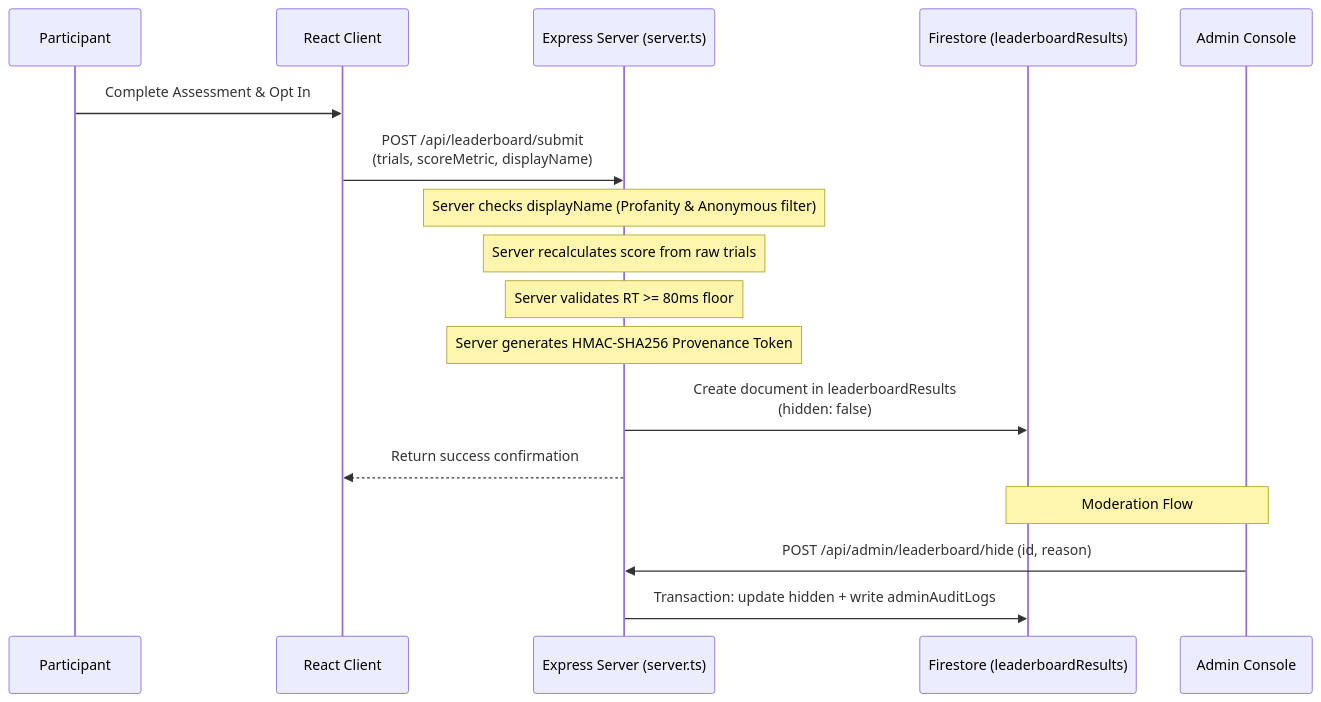
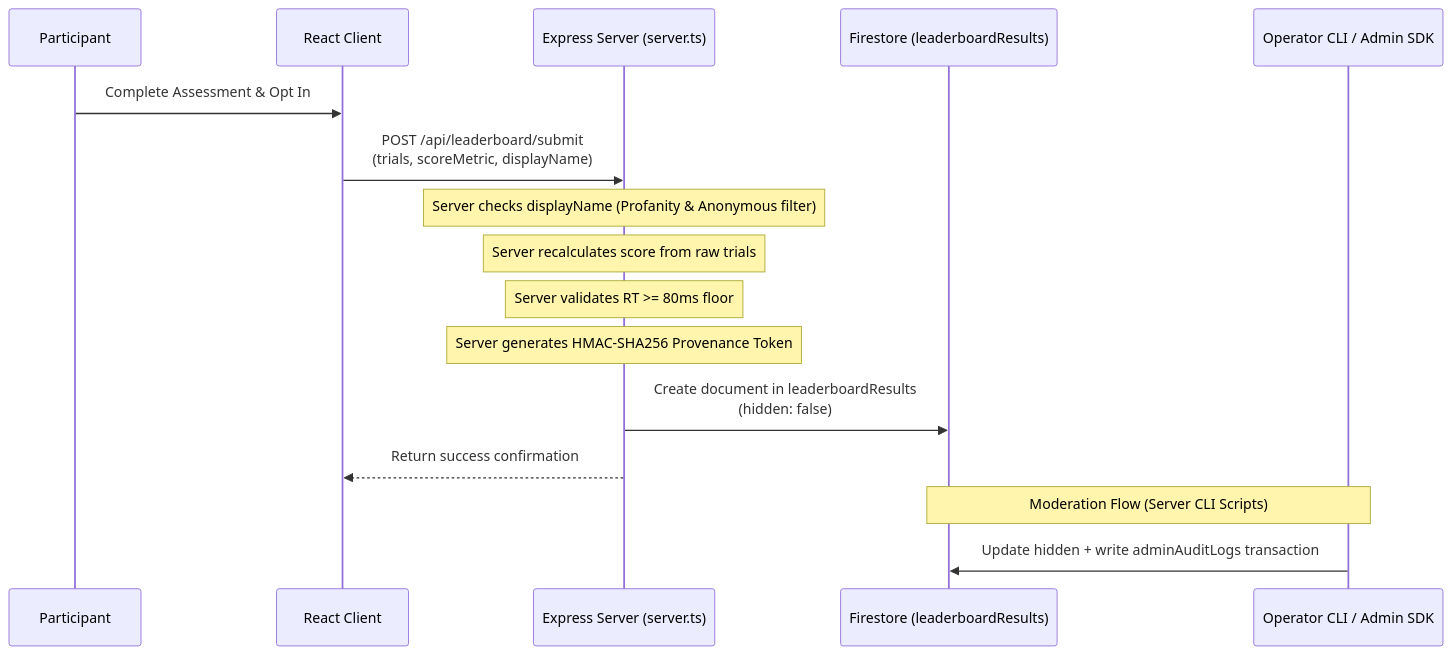
One commit to Affan0786isOP/PULSE-2.1 changed the diagram in docs/specs/LEADERBOARD_PROVENANCE.md. Above: the diagram before and after it, drawn with Mermaid. The commit also changed other lines of this file and 6 other files, not shown here.

````diff
--- a/docs/specs/LEADERBOARD_PROVENANCE.md
+++ b/docs/specs/LEADERBOARD_PROVENANCE.md
@@ -11,21 +11,20 @@
 ```mermaid
 sequenceDiagram
     participant User as Participant
     participant Client as React Client
     participant Server as Express Server (server.ts)
     participant Firestore as Firestore (leaderboardResults)
-    participant Admin as Admin Console
+    participant Operator as Operator CLI / Admin SDK
 
     User->>Client: Complete Assessment & Opt In
     Client->>Server: POST /api/leaderboard/submit<br/>(trials, scoreMetric, displayName)
     Note over Server: Server checks displayName (Profanity & Anonymous filter)
     Note over Server: Server recalculates score from raw trials
     Note over Server: Server validates RT >= 80ms floor
     Note over Server: Server generates HMAC-SHA256 Provenance Token
     Server->>Firestore: Create document in leaderboardResults<br/>(hidden: false)
     Server-->>Client: Return success confirmation
     
-    Note over Admin,Firestore: Moderation Flow
-    Admin->>Server: POST /api/admin/leaderboard/hide (id, reason)
-    Server->>Firestore: Transaction: update hidden + write adminAuditLogs
+    Note over Operator,Firestore: Moderation Flow (Server CLI Scripts)
+    Operator->>Firestore: Update hidden + write adminAuditLogs transaction
 ```
````
